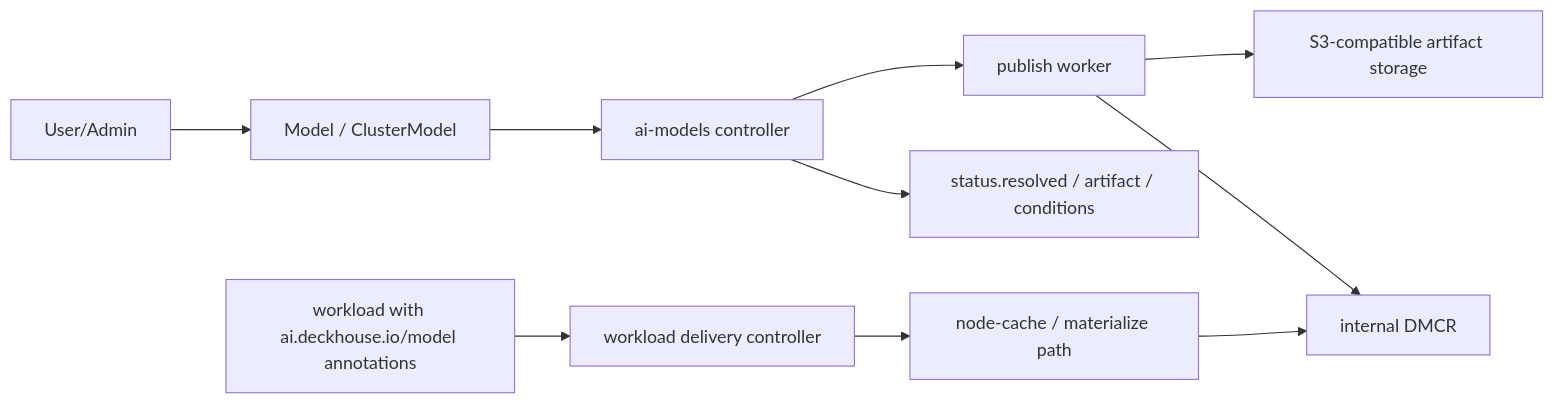
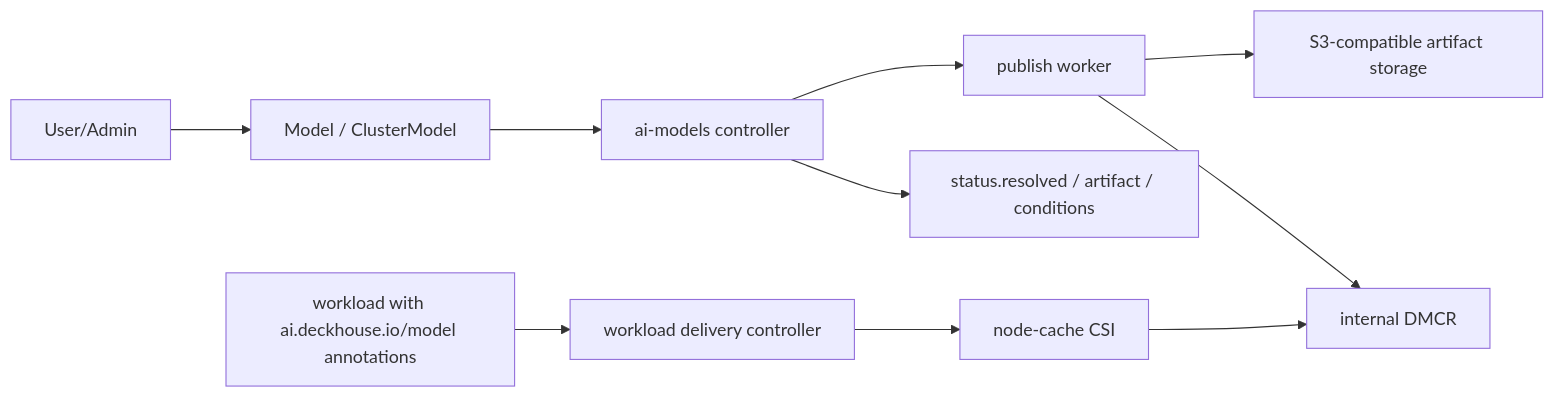
One commit to aleksandr-podmoskovniy/ai-models changed the diagram in docs/README.md. Above: the diagram before and after it, drawn with Mermaid. The commit also changed 135 other files, not shown here.

````diff
--- a/docs/README.md
+++ b/docs/README.md
@@ -30,12 +30,12 @@
 ```mermaid
 flowchart LR
   User["User/Admin"] --> API["Model / ClusterModel"]
   API --> Controller["ai-models controller"]
   Controller --> Worker["publish worker"]
   Worker --> Storage["S3-compatible artifact storage"]
   Worker --> DMCR["internal DMCR"]
   Controller --> Status["status.resolved / artifact / conditions"]
   Workload["workload with ai.deckhouse.io/model annotations"] --> Delivery["workload delivery controller"]
-  Delivery --> Cache["node-cache / materialize path"]
+  Delivery --> Cache["node-cache CSI"]
   Cache --> DMCR
 ```
````
